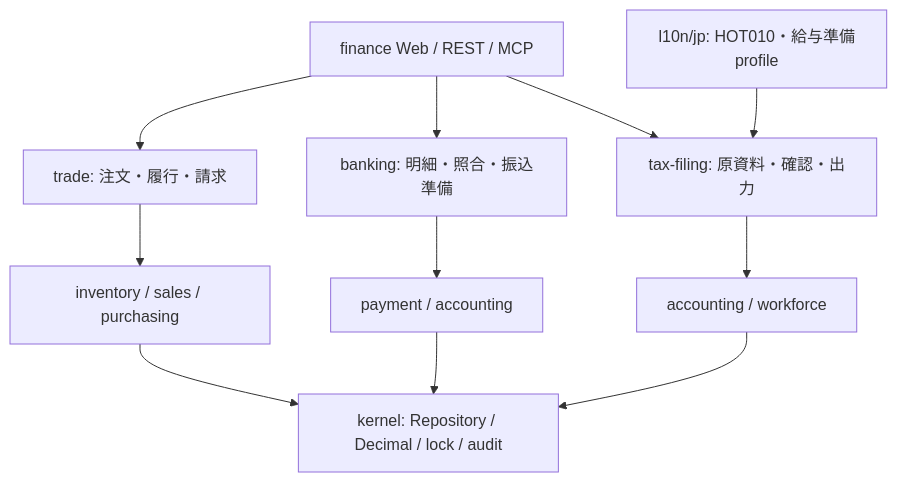
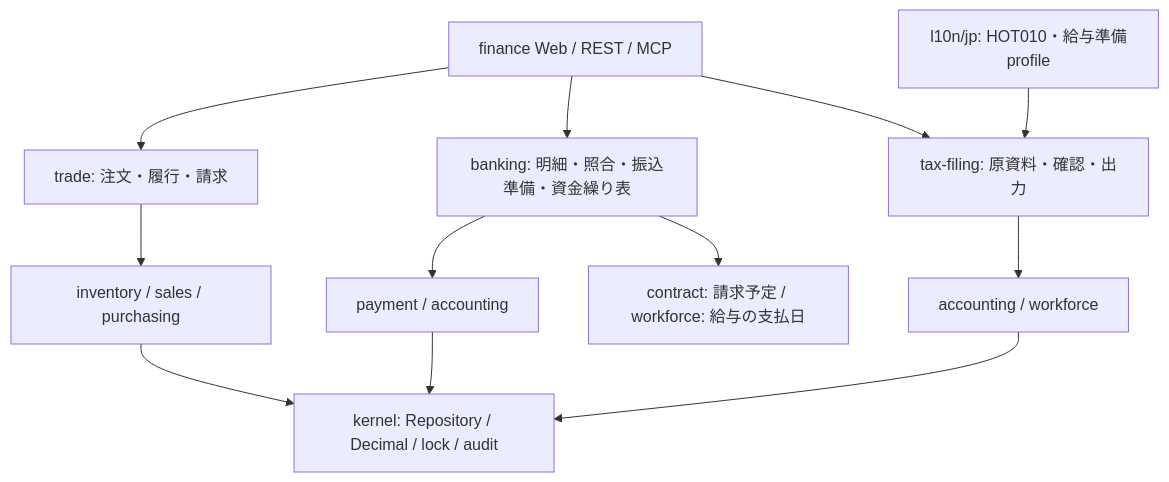
Before and after one commit to adokoy001/DaifukuERP: the diagram in docs/architecture/commerce-finance.md, drawn with Mermaid. The commit also changed other lines of this file and 18 other files, not shown here.

````diff
--- a/docs/architecture/commerce-finance.md
+++ b/docs/architecture/commerce-finance.md
@@ -9,13 +9,14 @@
 ```mermaid
 flowchart TD
   UI[finance Web / REST / MCP] --> Trade[trade: 注文・履行・請求]
-  UI --> Bank[banking: 明細・照合・振込準備]
+  UI --> Bank[banking: 明細・照合・振込準備・資金繰り表]
   UI --> Filing[tax-filing: 原資料・確認・出力]
   Trade --> Inventory[inventory / sales / purchasing]
   Bank --> Payment[payment / accounting]
+  Bank --> Plan[contract: 請求予定 / workforce: 給与の支払日]
   Filing --> Source[accounting / workforce]
   JP[l10n/jp: HOT010・給与準備profile] --> Filing
   Inventory --> Kernel[kernel: Repository / Decimal / lock / audit]
   Payment --> Kernel
   Source --> Kernel
 ```
````
